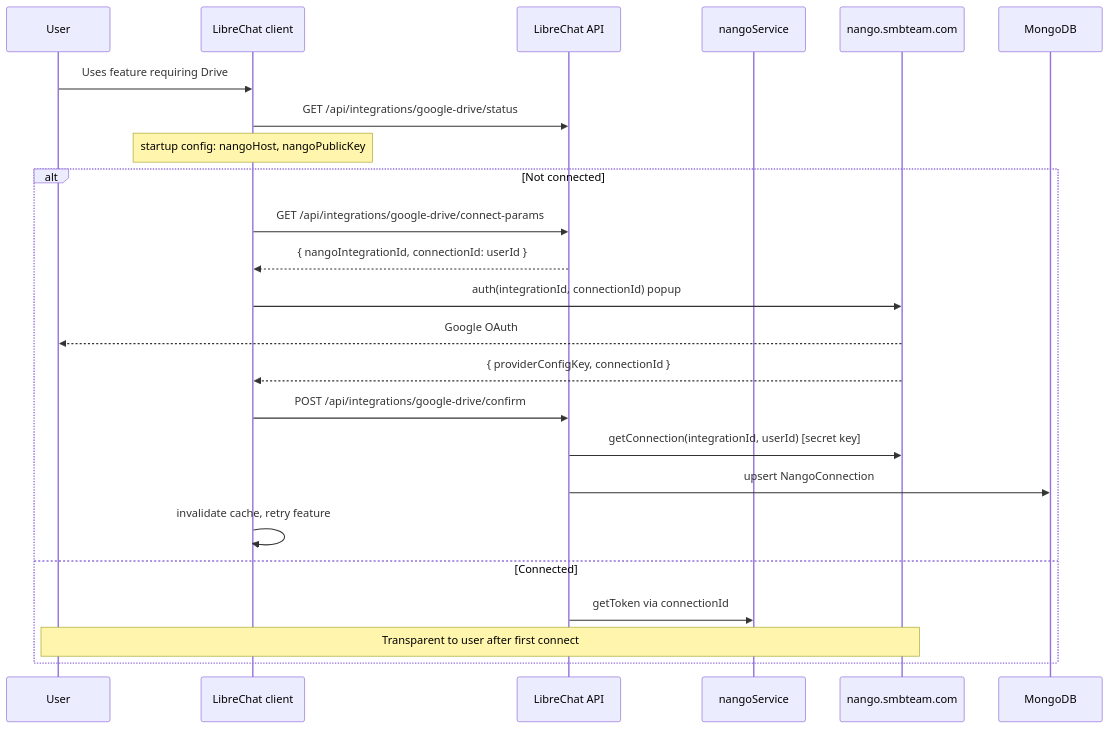
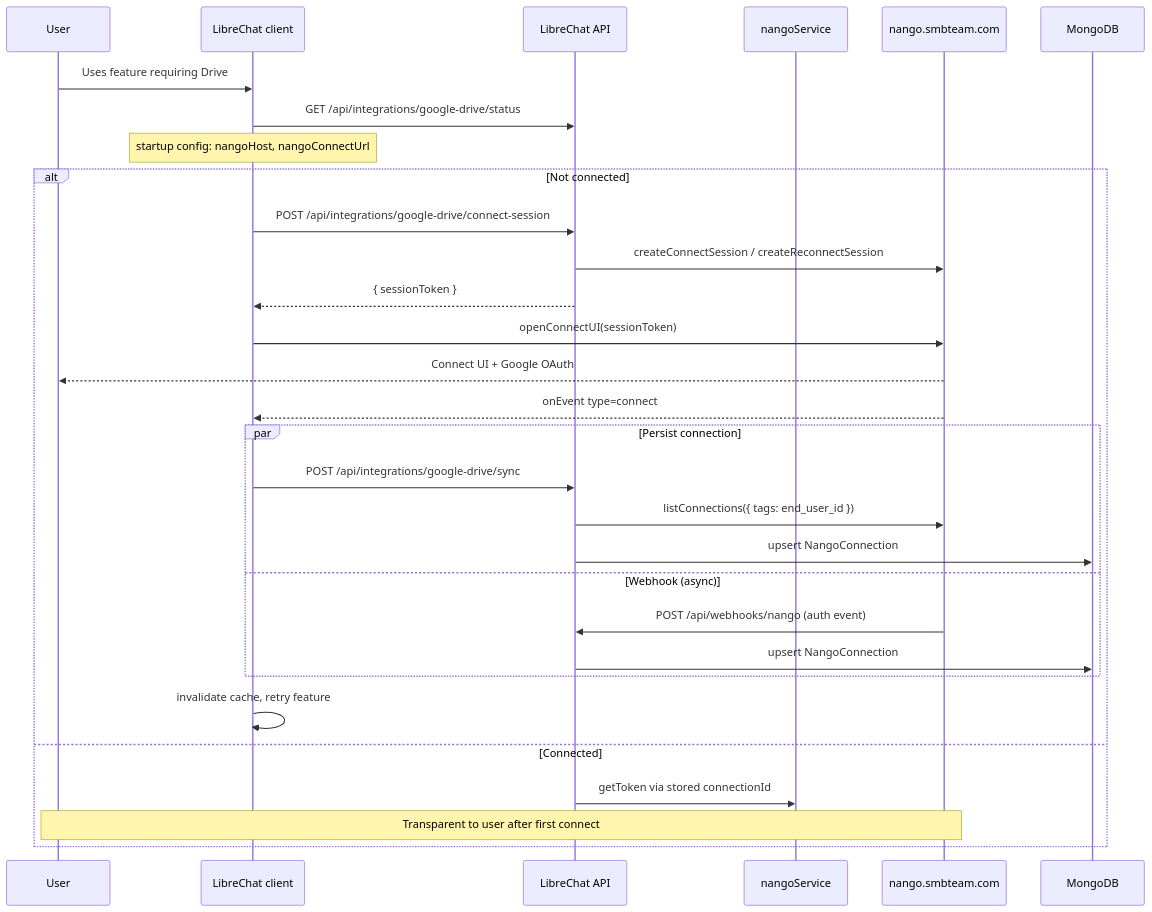
One commit to SMB-Team-Technology/AI-Workforce-Pro changed the diagram in docs/NANGO_INTEGRATIONS.md. Above: the diagram before and after it, drawn with Mermaid. The commit also changed other lines of this file and 24 other files, not shown here.

First line of the commit message:
feat: migrate Nango OAuth to Connect UI 0.70

````diff
--- a/docs/NANGO_INTEGRATIONS.md
+++ b/docs/NANGO_INTEGRATIONS.md
@@ -120,27 +120,33 @@
 ```mermaid
 sequenceDiagram
     participant User
     participant Client as LibreChat client
     participant API as LibreChat API
     participant Svc as nangoService
     participant Nango as nango.smbteam.com
     participant DB as MongoDB
 
     User->>Client: Uses feature requiring Drive
     Client->>API: GET /api/integrations/google-drive/status
-    Note over Client: startup config: nangoHost, nangoPublicKey
+    Note over Client: startup config: nangoHost, nangoConnectUrl
     alt Not connected
-        Client->>API: GET /api/integrations/google-drive/connect-params
-        API-->>Client: { nangoIntegrationId, connectionId: userId }
-        Client->>Nango: auth(integrationId, connectionId) popup
-        Nango-->>User: Google OAuth
-        Nango-->>Client: { providerConfigKey, connectionId }
-        Client->>API: POST /api/integrations/google-drive/confirm
-        API->>Nango: getConnection(integrationId, userId) [secret key]
-        API->>DB: upsert NangoConnection
+        Client->>API: POST /api/integrations/google-drive/connect-session
+        API->>Nango: createConnectSession / createReconnectSession
+        API-->>Client: { sessionToken }
+        Client->>Nango: openConnectUI(sessionToken)
+        Nango-->>User: Connect UI + Google OAuth
+        Nango-->>Client: onEvent type=connect
+        par Persist connection
+            Client->>API: POST /api/integrations/google-drive/sync
+            API->>Nango: listConnections({ tags: end_user_id })
+            API->>DB: upsert NangoConnection
+        and Webhook (async)
+            Nango->>API: POST /api/webhooks/nango (auth event)
+            API->>DB: upsert NangoConnection
+        end
         Client->>Client: invalidate cache, retry feature
     else Connected
-        API->>Svc: getToken via connectionId
+        API->>Svc: getToken via stored connectionId
         Note over User,Nango: Transparent to user after first connect
     end
 ```
````
